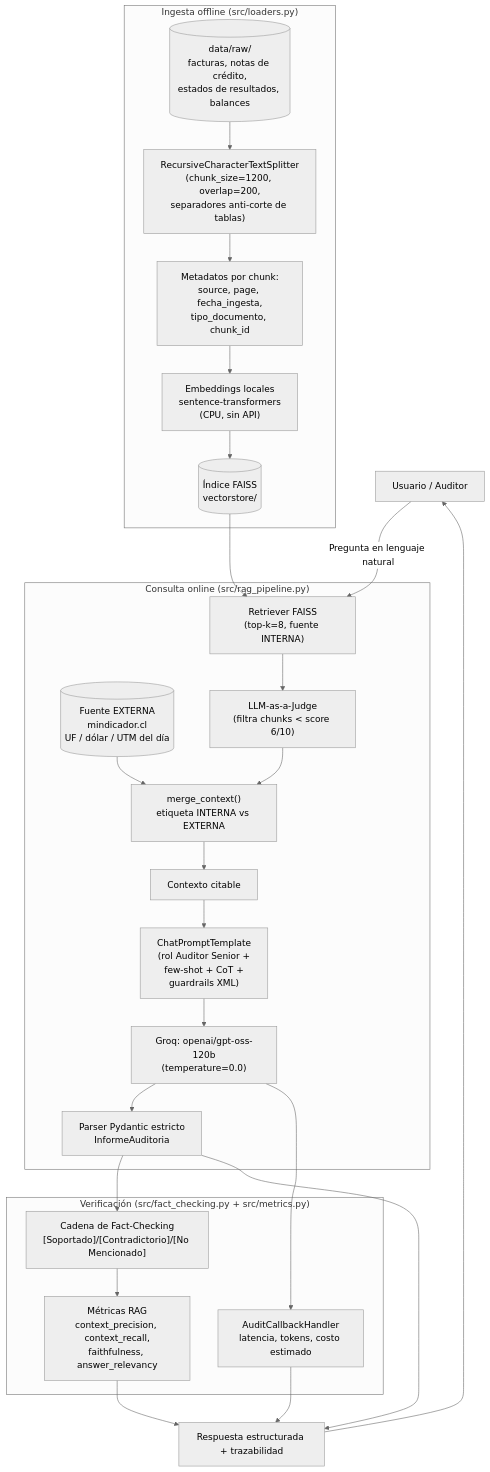
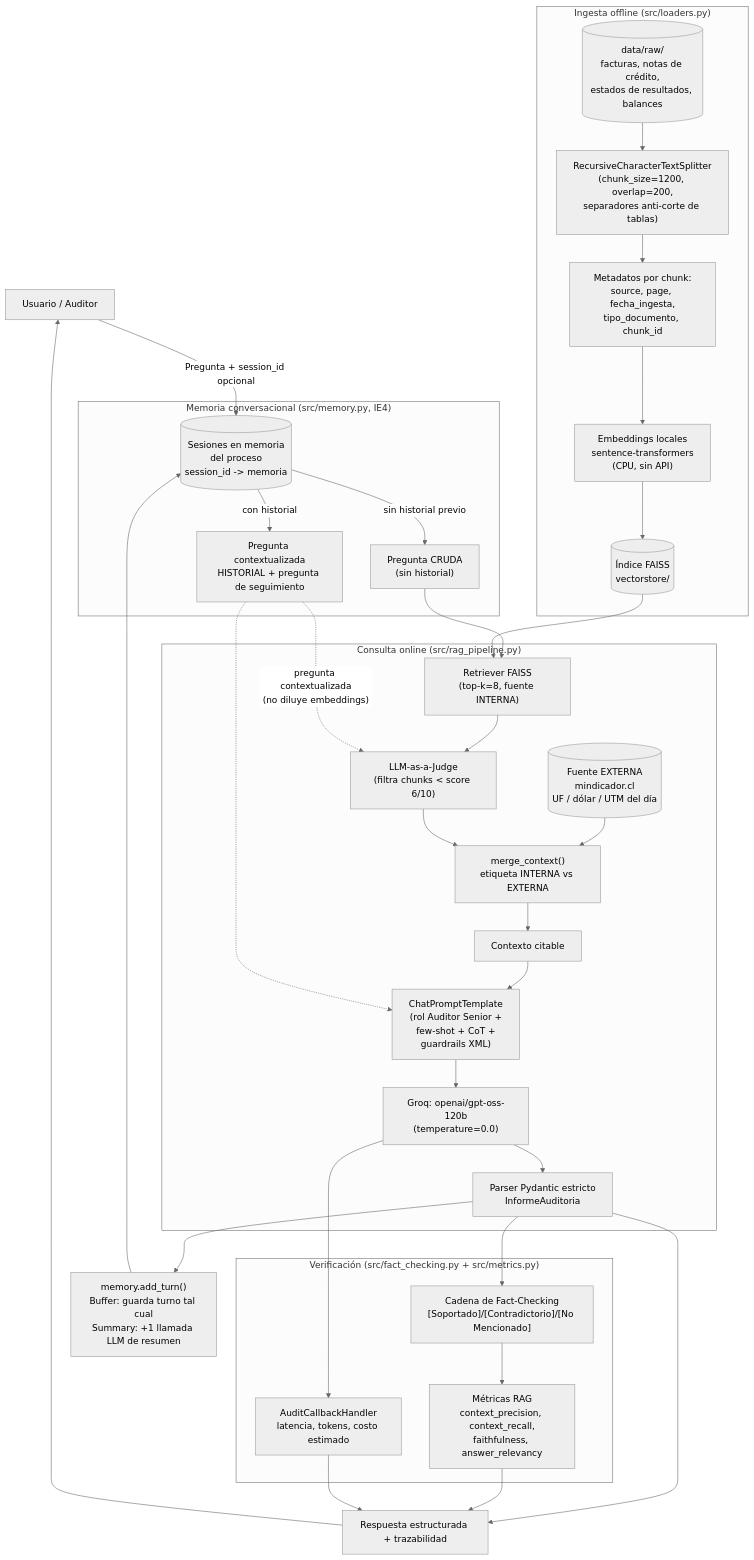
Before and after one commit to Martin-Vasquez-lab/RAG_Finanzas: the diagram in docs/architecture.md, drawn with Mermaid (neutral theme). The commit also changed other lines of this file and 10 other files, not shown here.

First line of the commit message:
Implementar memoria conversacional (buffer vs summary) - IE4/IE8

````diff
--- a/docs/architecture.md
+++ b/docs/architecture.md
@@ -5,35 +5,47 @@
 ```mermaid
 flowchart TD
-    U[Usuario / Auditor] -->|Pregunta en lenguaje natural| R
+    U[Usuario / Auditor] -->|Pregunta + session_id opcional| MEM
 
     subgraph Ingesta["Ingesta offline (src/loaders.py)"]
         RAW[("data/raw/\nfacturas, notas de crédito,\nestados de resultados, balances")] --> SPLIT["RecursiveCharacterTextSplitter\n(chunk_size=1200, overlap=200,\nseparadores anti-corte de tablas)"]
         SPLIT --> META["Metadatos por chunk:\nsource, page, fecha_ingesta,\ntipo_documento, chunk_id"]
         META --> EMB["Embeddings locales\nsentence-transformers\n(CPU, sin API)"]
         EMB --> IDX[("Índice FAISS\nvectorstore/")]
     end
 
     EXT[("Fuente EXTERNA\nmindicador.cl\nUF / dólar / UTM del día")]
 
+    subgraph Memoria["Memoria conversacional (src/memory.py, IE4)"]
+        MEM[("Sesiones en memoria\ndel proceso\nsession_id -> memoria")]
+        MEM -->|"sin historial previo"| RAWQ["Pregunta CRUDA\n(sin historial)"]
+        MEM -->|"con historial"| QCTX["Pregunta contextualizada\nHISTORIAL + pregunta de seguimiento"]
+    end
+
     subgraph Consulta["Consulta online (src/rag_pipeline.py)"]
-        R["Retriever FAISS\n(top-k=8, fuente INTERNA)"] --> J["LLM-as-a-Judge\n(filtra chunks < score 6/10)"]
+        RAWQ --> R["Retriever FAISS\n(top-k=8, fuente INTERNA)"]
+        R --> J["LLM-as-a-Judge\n(filtra chunks < score 6/10)"]
+        QCTX -.->|"pregunta contextualizada\n(no diluye embeddings)"| J
         EXT --> MERGE["merge_context()\netiqueta INTERNA vs EXTERNA"]
         J --> MERGE
         MERGE --> CTX["Contexto citable\n<contexto_auditoria>"]
         CTX --> P["ChatPromptTemplate\n(rol Auditor Senior +\nfew-shot + CoT +\nguardrails XML)"]
+        QCTX -.-> P
         P --> LLM["Groq: openai/gpt-oss-120b\n(temperature=0.0)"]
         LLM --> OUT["Parser Pydantic estricto\nInformeAuditoria"]
     end
+
+    OUT --> MEMUPD["memory.add_turn()\nBuffer: guarda turno tal cual\nSummary: +1 llamada LLM de resumen"]
+    MEMUPD --> MEM
 
     subgraph Verificacion["Verificación (src/fact_checking.py + src/metrics.py)"]
         OUT --> FC["Cadena de Fact-Checking\n[Soportado]/[Contradictorio]/[No Mencionado]"]
         FC --> MET["Métricas RAG\ncontext_precision, context_recall,\nfaithfulness, answer_relevancy"]
         LLM --> CB["AuditCallbackHandler\nlatencia, tokens, costo estimado"]
     end
 
     IDX --> R
     OUT --> RESP[Respuesta estructurada + trazabilidad]
     MET --> RESP
     CB --> RESP
     RESP --> U
 ```
````
